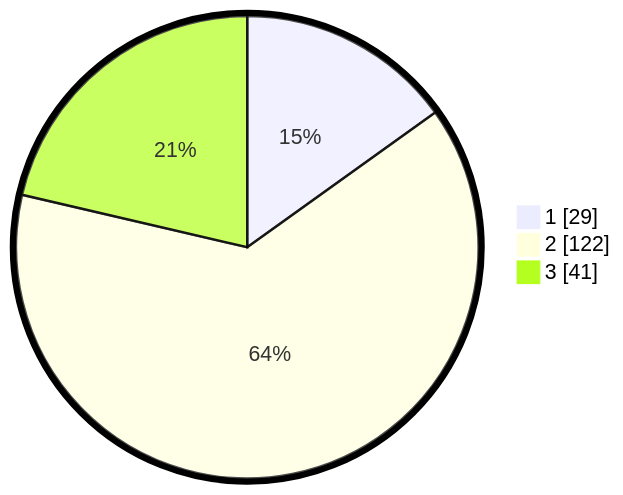
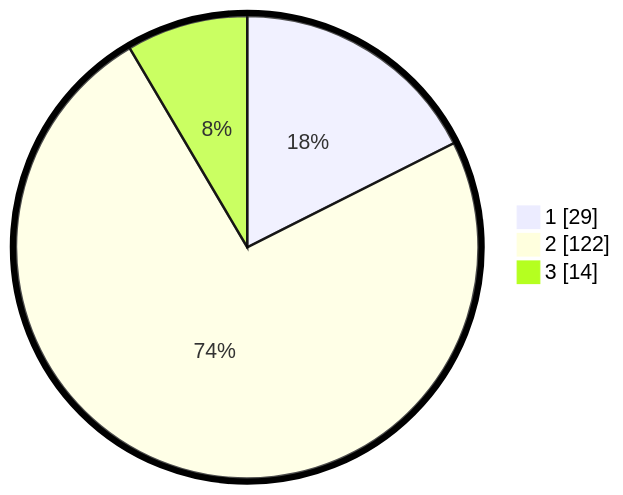
The second of 2 diagrams in pilpres/hitung-suara/sub/52-nusa-tenggara-barat/sub/01-lombok-barat/sub/12-lingsar/sub/2005-karang-bayan/sub/017-tps/README.md (gigit-pemilu/pemilu-2024-52-nusa-tenggara-barat), drawn with Mermaid before and after one commit. The commit also changed other lines of this file and 103 other files, not shown here.

````diff
--- a/pilpres/hitung-suara/sub/52-nusa-tenggara-barat/sub/01-lombok-barat/sub/12-lingsar/sub/2005-karang-bayan/sub/017-tps/README.md
+++ b/pilpres/hitung-suara/sub/52-nusa-tenggara-barat/sub/01-lombok-barat/sub/12-lingsar/sub/2005-karang-bayan/sub/017-tps/README.md
@@ -13,7 +13,7 @@
 ```mermaid
 %%{init: {"pie": {"textPosition": 0.5}, "themeVariables": {"pieOuterStrokeWidth": "5px"}} }%%
 pie showData
     "1" : 29
     "2" : 122
-    "3" : 41
+    "3" : 14
 ```
````
